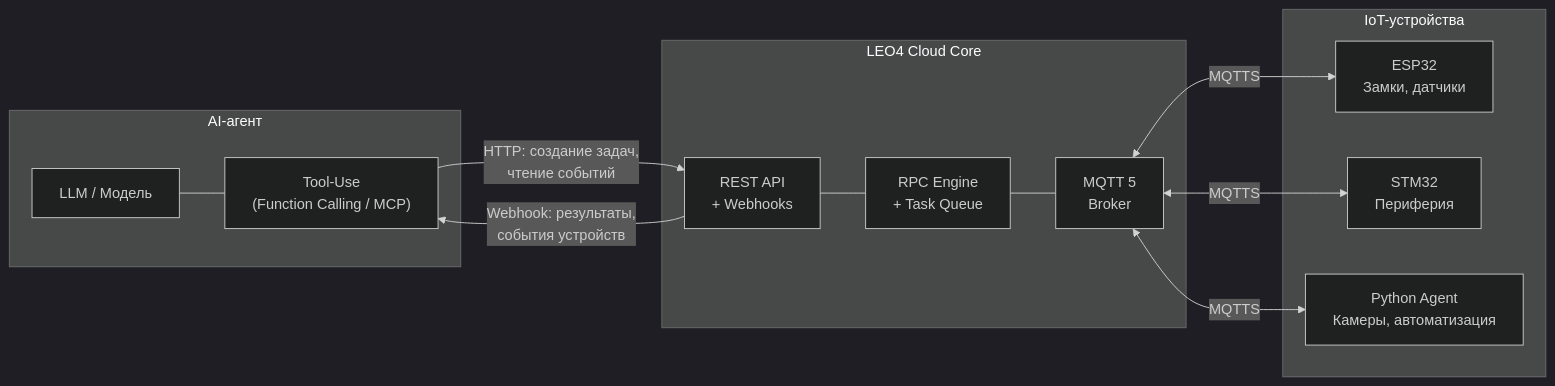
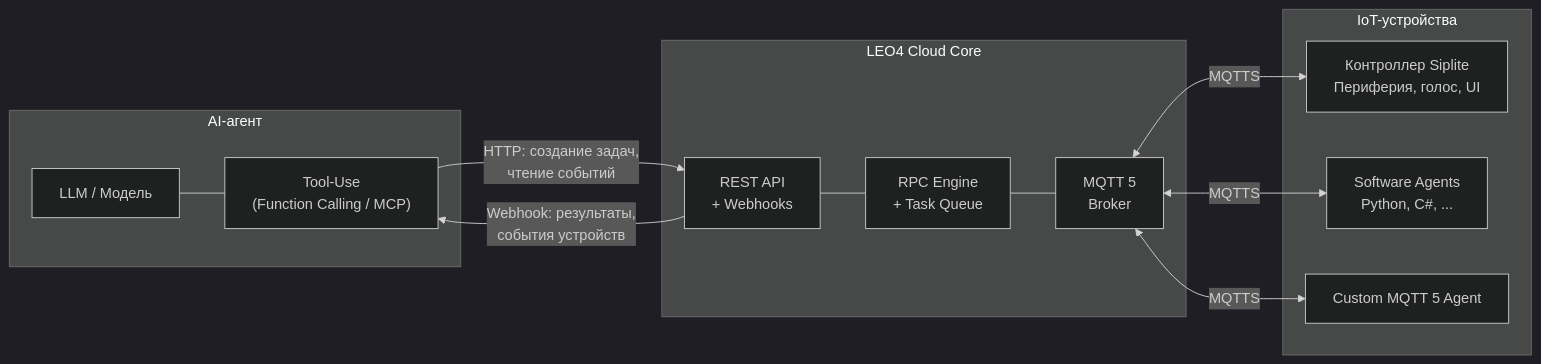
The first of 15 diagrams in docs/solution-presentation.md (OlegLebedevRU/iot-rpc-rest-app), drawn with Mermaid (dark theme) before and after one commit. The commit also changed other lines of this file, not shown here.

First line of the commit message:
Обновлена архитектура: Siplite, Software Agents, Custom MQTT 5 Agent; расширена многоустройственная оркестрация

````diff
--- a/docs/solution-presentation.md
+++ b/docs/solution-presentation.md
@@ -43,27 +43,27 @@
 ```mermaid
 flowchart LR
     subgraph AI ["AI-агент"]
         LLM["LLM / Модель"]
         TOOLS["Tool-Use<br/>(Function Calling / MCP)"]
         LLM --- TOOLS
     end
 
     subgraph Core ["LEO4 Cloud Core"]
         API["REST API<br/>+ Webhooks"]
         ENGINE["RPC Engine<br/>+ Task Queue"]
         BROKER["MQTT 5<br/>Broker"]
         API --- ENGINE --- BROKER
     end
 
     subgraph Devices ["IoT-устройства"]
-        D1["ESP32<br/>Замки, датчики"]
-        D2["STM32<br/>Периферия"]
-        D3["Python Agent<br/>Камеры, автоматизация"]
+        D1["Контроллер Siplite<br/>Периферия, голос, UI"]
+        D2["Software Agents<br/>Python, C#, ..."]
+        D3["Custom MQTT 5 Agent"]
     end
 
     TOOLS -->|"HTTP: создание задач,<br/>чтение событий"| API
     API -->|"Webhook: результаты,<br/>события устройств"| TOOLS
     BROKER <-->|MQTTS| D1
     BROKER <-->|MQTTS| D2
     BROKER <-->|MQTTS| D3
 ```
````
